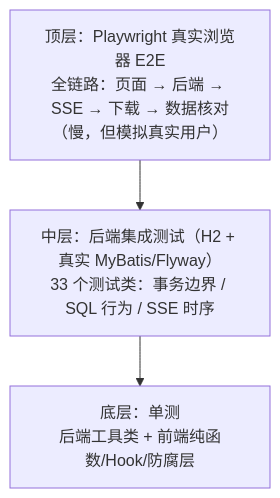
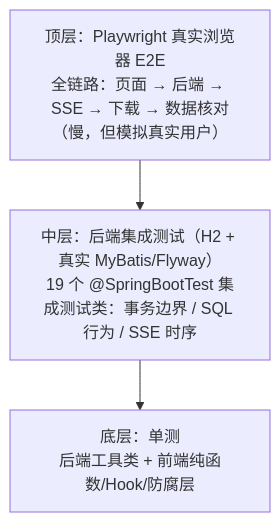
The first of 2 diagrams in docs/md/10-项目实战/02-FlowHub/11-测试与质量守门.md (wychmod/wychmod.github.io), drawn with Mermaid before and after one commit. The commit also changed other lines of this file and 6 other files, not shown here.

````diff
--- a/docs/md/10-项目实战/02-FlowHub/11-测试与质量守门.md
+++ b/docs/md/10-项目实战/02-FlowHub/11-测试与质量守门.md
@@ -12,7 +12,7 @@
 ```mermaid
 flowchart TB
     E2E["顶层：Playwright 真实浏览器 E2E<br/>全链路：页面 → 后端 → SSE → 下载 → 数据核对<br/>（慢，但模拟真实用户）"]
-    IT["中层：后端集成测试（H2 + 真实 MyBatis/Flyway）<br/>33 个测试类：事务边界 / SQL 行为 / SSE 时序"]
+    IT["中层：后端集成测试（H2 + 真实 MyBatis/Flyway）<br/>19 个 @SpringBootTest 集成测试类：事务边界 / SQL 行为 / SSE 时序"]
     UT["底层：单测<br/>后端工具类 + 前端纯函数/Hook/防腐层"]
     E2E --> IT --> UT
 ```
````
